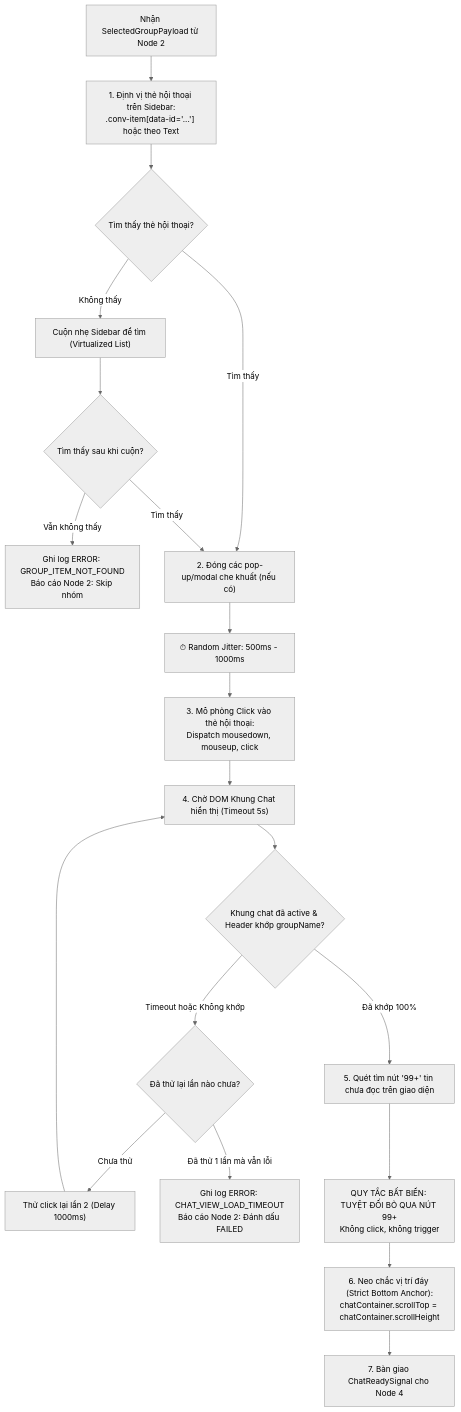
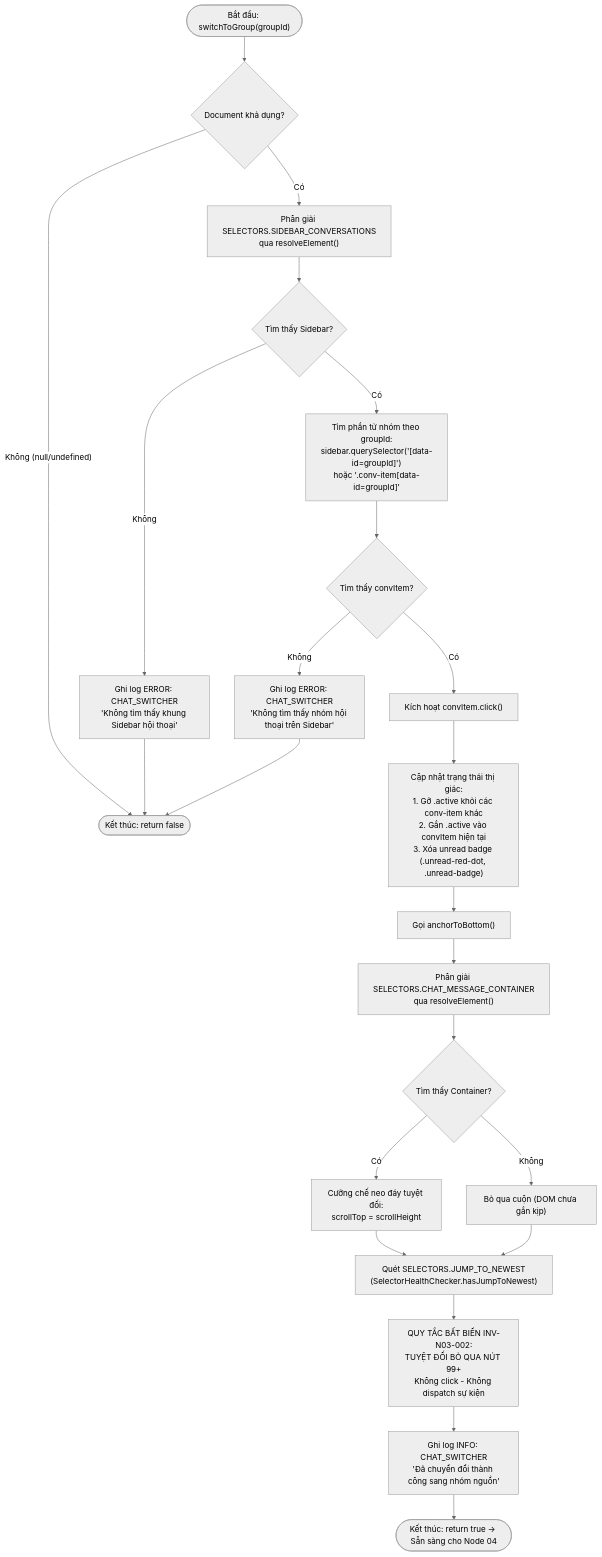
One commit to vuthuonghai-steve/auto-rep-zalo changed the first of 2 diagrams in Docs/Start-node/03_chat_switcher_viewport_guard_node.md. Above: the diagram before and after it, drawn with Mermaid (neutral theme). The commit also changed other lines of this file and 10 other files, not shown here.

Commit message:
docs(start-node): standardize 10-node SDD specs with AI-first baseline and portable relative links

````diff
--- a/Docs/Start-node/03_chat_switcher_viewport_guard_node.md
+++ b/Docs/Start-node/03_chat_switcher_viewport_guard_node.md
@@ -74,29 +96,34 @@
 ```mermaid
 flowchart TD
-    ReceiveJob["Nhận SelectedGroupPayload từ Node 2"] --> FindSidebarItem["1. Định vị thẻ hội thoại trên Sidebar:\n.conv-item[data-id='...'] hoặc theo Text"]
-    
-    FindSidebarItem --> ItemFound{"Tìm thấy thẻ hội thoại?"}
-    ItemFound -- "Không thấy" --> ScrollSidebar["Cuộn nhẹ Sidebar để tìm (Virtualized List)"]
-    ScrollSidebar --> RecheckItem{"Tìm thấy sau khi cuộn?"}
-    RecheckItem -- "Vẫn không thấy" --> FailNotFound["Ghi log ERROR: GROUP_ITEM_NOT_FOUND\nBáo cáo Node 2: Skip nhóm"]
-    
-    ItemFound -- "Tìm thấy" --> DismissModals["2. Đóng các pop-up/modal che khuất (nếu có)"]
-    RecheckItem -- "Tìm thấy" --> DismissModals
-    
-    DismissModals --> MicroDelay["⏱ Random Jitter: 500ms - 1000ms"]
-    MicroDelay --> SimulateClick["3. Mô phỏng Click vào thẻ hội thoại:\nDispatch mousedown, mouseup, click"]
-    
-    SimulateClick --> WaitForChatLoad["4. Chờ DOM Khung Chat hiển thị (Timeout 5s)"]
-    WaitForChatLoad --> CheckChatHeader{"Khung chat đã active & Header khớp groupName?"}
-    
-    CheckChatHeader -- "Timeout hoặc Không khớp" --> RetryClick{"Đã thử lại lần nào chưa?"}
-    RetryClick -- "Chưa thử" --> ReClick["Thử click lại lần 2 (Delay 1000ms)"]
-    ReClick --> WaitForChatLoad
-    RetryClick -- "Đã thử 1 lần mà vẫn lỗi" --> FailTimeout["Ghi log ERROR: CHAT_VIEW_LOAD_TIMEOUT\nBáo cáo Node 2: Đánh dấu FAILED"]
-    
-    CheckChatHeader -- "Đã khớp 100%" --> Check99Button["5. Quét tìm nút '99+' tin chưa đọc trên giao diện"]
-    Check99Button --> Ignore99["QUY TẮC BẤT BIẾN: TUYỆT ĐỐI BỎ QUA NÚT 99+\nKhông click, không trigger"]
-    
-    Ignore99 --> EnsureBottom["6. Neo chắc vị trí đáy (Strict Bottom Anchor):\nchatContainer.scrollTop = chatContainer.scrollHeight"]
-    EnsureBottom --> EmitSignal["7. Bàn giao ChatReadySignal cho Node 4"]
+    Start(["Bắt đầu: switchToGroup(groupId)"]) --> CheckDoc{"Document khả dụng?"}
+    CheckDoc -- "Không (null/undefined)" --> ExitFail(["Kết thúc: return false"])
+    CheckDoc -- "Có" --> ResolveSidebar["Phân giải SELECTORS.SIDEBAR_CONVERSATIONS\nqua resolveElement()"]
+
+    ResolveSidebar --> SidebarFound{"Tìm thấy Sidebar?"}
+    SidebarFound -- "Không" --> LogSidebarError["Ghi log ERROR: CHAT_SWITCHER\n'Không tìm thấy khung Sidebar hội thoại'"]
+    LogSidebarError --> ExitFail
+
+    SidebarFound -- "Có" --> QueryConvItem["Tìm phần tử nhóm theo groupId:\nsidebar.querySelector('[data-id=groupId]')\nhoặc '.conv-item[data-id=groupId]'"]
+
+    QueryConvItem --> ConvItemFound{"Tìm thấy convItem?"}
+    ConvItemFound -- "Không" --> LogItemError["Ghi log ERROR: CHAT_SWITCHER\n'Không tìm thấy nhóm hội thoại trên Sidebar'"]
+    LogItemError --> ExitFail
+
+    ConvItemFound -- "Có" --> TriggerClick["Kích hoạt convItem.click()"]
+    TriggerClick --> UpdateVisual["Cập nhật trạng thái thị giác:\n1. Gỡ .active khỏi các conv-item khác\n2. Gắn .active vào convItem hiện tại\n3. Xóa unread badge (.unread-red-dot, .unread-badge)"]
+
+    UpdateVisual --> AnchorCall["Gọi anchorToBottom()"]
+    AnchorCall --> ResolveMsgContainer["Phân giải SELECTORS.CHAT_MESSAGE_CONTAINER\nqua resolveElement()"]
+
+    ResolveMsgContainer --> MsgContainerFound{"Tìm thấy Container?"}
+    MsgContainerFound -- "Có" --> CoerceScroll["Cưỡng chế neo đáy tuyệt đối:\nscrollTop = scrollHeight"]
+    MsgContainerFound -- "Không" --> SkipAnchor["Bỏ qua cuộn (DOM chưa gắn kịp)"]
+
+    CoerceScroll --> Inspect99["Quét SELECTORS.JUMP_TO_NEWEST\n(SelectorHealthChecker.hasJumpToNewest)"]
+    SkipAnchor --> Inspect99
+
+    Inspect99 --> StrictIgnore99["QUY TẮC BẤT BIẾN INV-N03-002:\nTUYỆT ĐỐI BỎ QUA NÚT 99+\nKhông click - Không dispatch sự kiện"]
+
+    StrictIgnore99 --> LogSuccess["Ghi log INFO: CHAT_SWITCHER\n'Đã chuyển đổi thành công sang nhóm nguồn'"]
+    LogSuccess --> ExitSuccess(["Kết thúc: return true -> Sẵn sàng cho Node 04"])
 ```
````
